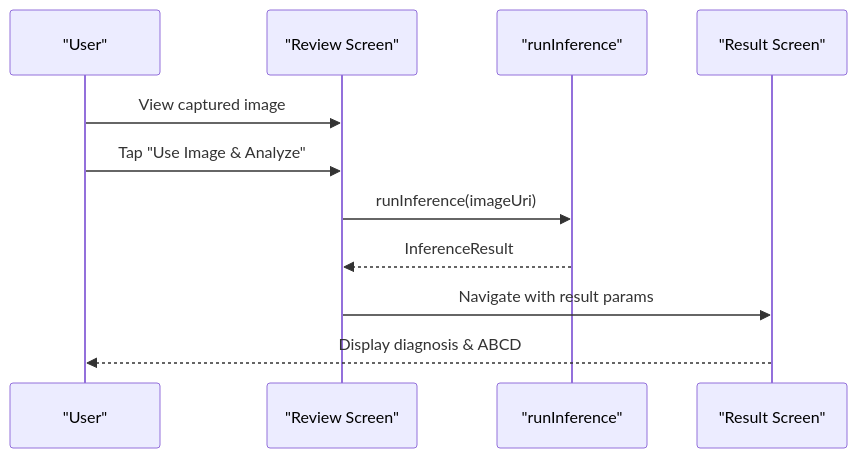
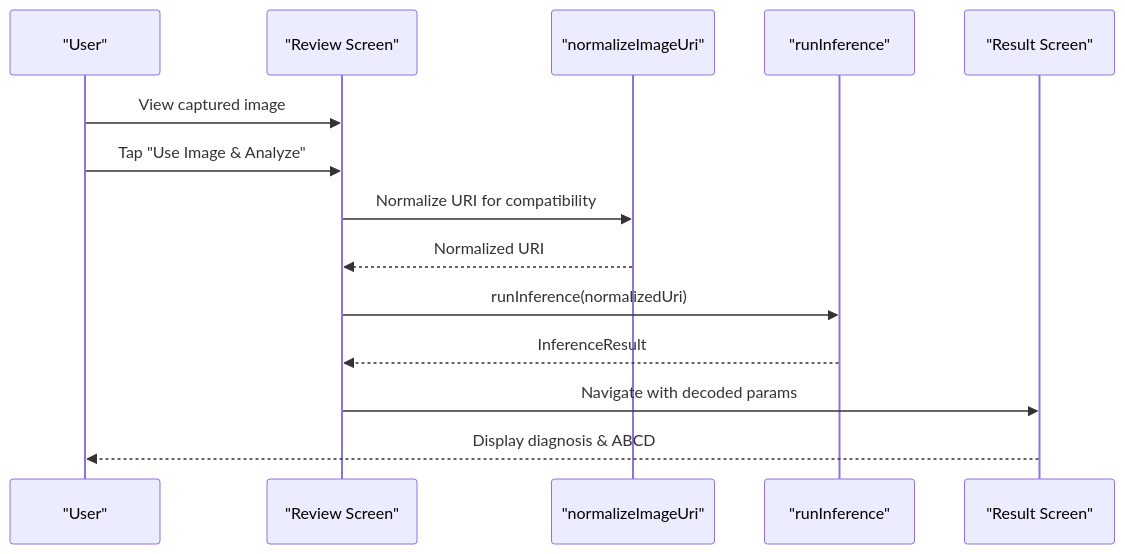
One commit to AdeelTahir-SE/DermSight changed the fifth of 9 diagrams in .qoder/repowiki/en/content/Camera Integration.md. Above: the diagram before and after it, drawn with Mermaid. The commit also changed other lines of this file and 43 other files, not shown here.

````diff
--- a/.qoder/repowiki/en/content/Camera Integration.md
+++ b/.qoder/repowiki/en/content/Camera Integration.md
@@ -209,13 +227,16 @@
 ```mermaid
 sequenceDiagram
 participant U as "User"
 participant Rev as "Review Screen"
+participant Norm as "normalizeImageUri"
 participant Inf as "runInference"
 participant Res as "Result Screen"
 U->>Rev : View captured image
 U->>Rev : Tap "Use Image & Analyze"
-Rev->>Inf : runInference(imageUri)
+Rev->>Norm : Normalize URI for compatibility
+Norm-->>Rev : Normalized URI
+Rev->>Inf : runInference(normalizedUri)
 Inf-->>Rev : InferenceResult
-Rev->>Res : Navigate with result params
+Rev->>Res : Navigate with decoded params
 Res-->>U : Display diagnosis & ABCD
 ```
````
